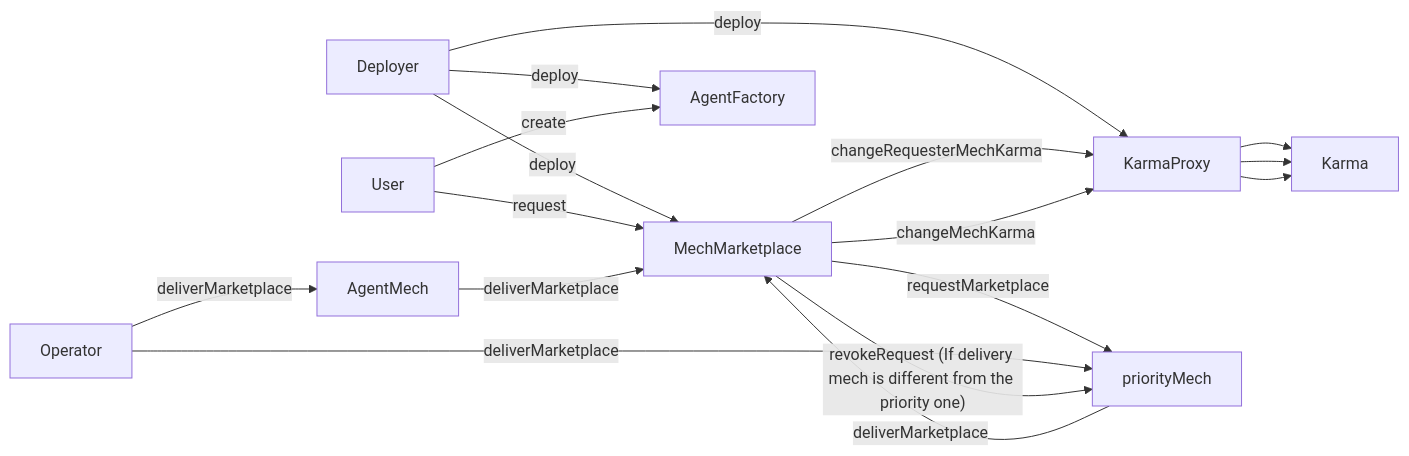
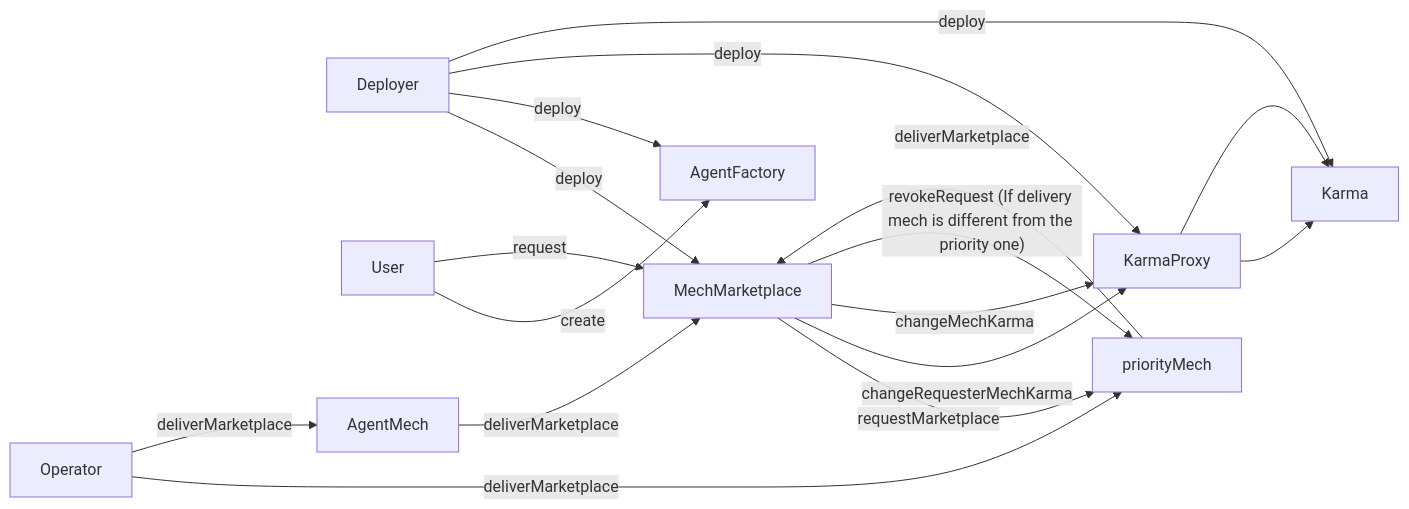
One commit to valory-xyz/ai-registry-mech changed the diagram in README.md. Above: the diagram before and after it, drawn with Mermaid.

Commit message:
doc: re-audit v0.3.1

````diff
--- a/README.md
+++ b/README.md
@@ -71,11 +71,12 @@
 ```mermaid
 flowchart LR
     Deployer -- deploy --> MechMarketplace
     Deployer -- deploy --> AgentFactory
-    Deployer -- deploy --> KarmaProxy --> Karma
+    Deployer -- deploy --> KarmaProxy 
+    Deployer -- deploy --> Karma
     User -- create --> AgentFactory
     User -- request --> MechMarketplace -- requestMarketplace --> priorityMech 
     MechMarketplace -- changeRequesterMechKarma --> KarmaProxy --> Karma
     Operator -- deliverMarketplace --> priorityMech -- deliverMarketplace --> MechMarketplace -- changeMechKarma --> KarmaProxy --> Karma
     Operator -- deliverMarketplace --> AgentMech -- deliverMarketplace --> MechMarketplace -- revokeRequest (If delivery mech is different from the priority one) --> priorityMech
 ```
````
